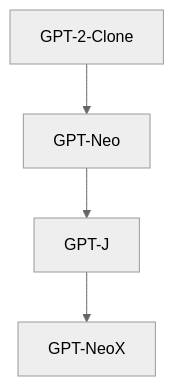
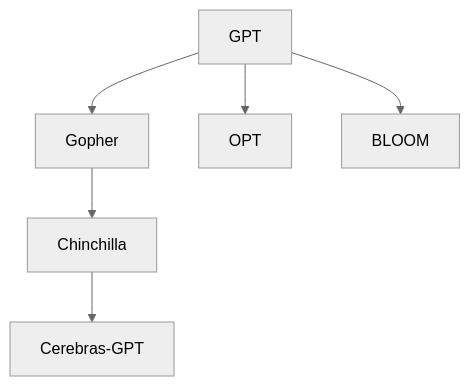
One commit to ted-sharp/chatvox changed the ninth of 11 diagrams in doc/llm.md. Above: the diagram before and after it, drawn with Mermaid (neutral theme). The commit also changed other lines of this file, not shown here.

````diff
--- a/doc/llm.md
+++ b/doc/llm.md
@@ -389,5 +381,7 @@
 ```mermaid
 flowchart
 
-GPT-2-Clone --> GPT-Neo --> GPT-J --> GPT-NeoX
+GPT --> Gopher --> Chinchilla --> Cerebras-GPT
+GPT --> OPT
+GPT --> BLOOM
 ```
````
